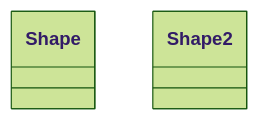
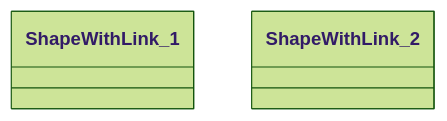
The ninth of 13 diagrams in Designing_in_general/New_Mermaid_syntax.md (CongLeSolutionX/MY_GRAPHIC_ASSETS), drawn with Mermaid (forest theme) before and after one commit.

Commit message:
update notes

````diff
--- a/Designing_in_general/New_Mermaid_syntax.md
+++ b/Designing_in_general/New_Mermaid_syntax.md
@@ -349,7 +349,7 @@
 ```mermaid
 classDiagram
-class Shape
-link Shape "https://www.google.com" "This is a tooltip for a link"
-class Shape2
-click Shape2 href "https://www.apple.com" "This is a tooltip for a link"
+class ShapeWithLink_1
+link ShapeWithLink_1 "https://www.google.com" "This is a tooltip for a link"
+class ShapeWithLink_2
+click ShapeWithLink_2 href "https://www.apple.com" "This is a tooltip for a link"
 ```
````
